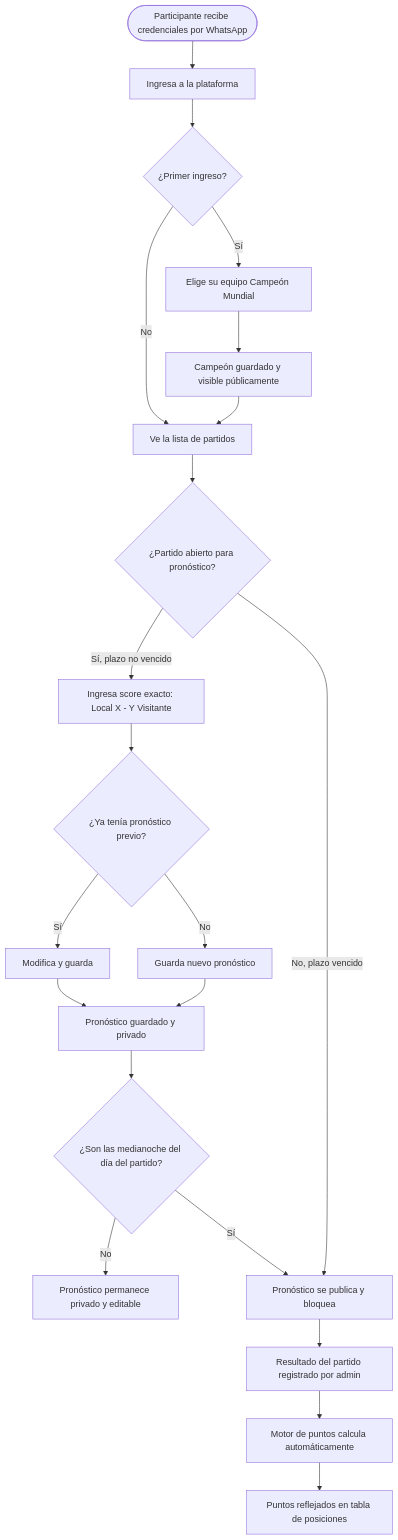
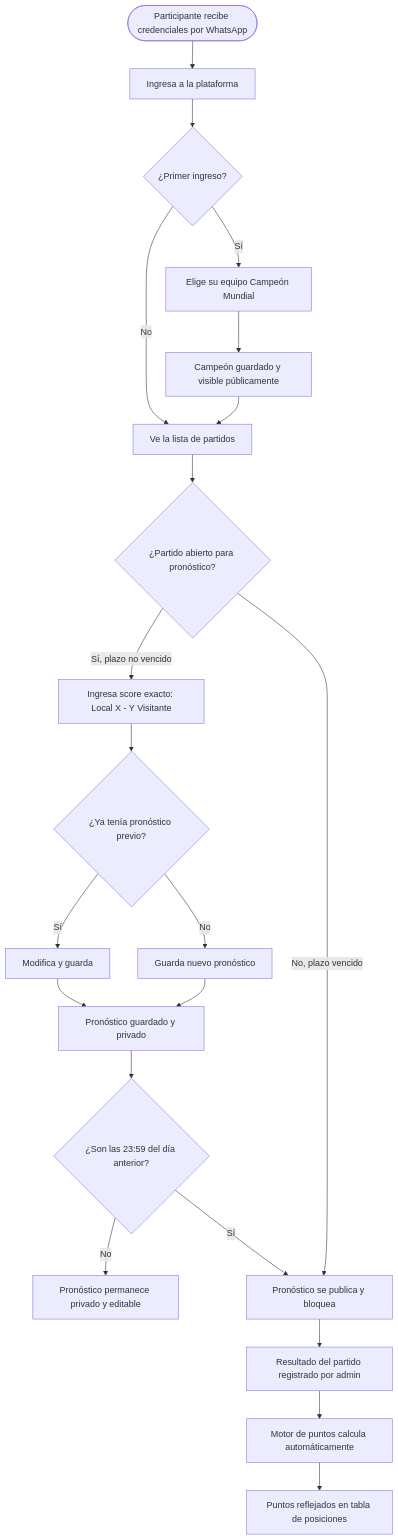
The first of 3 diagrams in docs/PRD_v0.1.md (cgomez-mpsia/pronostico-mundial-2026), drawn with Mermaid before and after one commit. The commit also changed other lines of this file and 9 other files, not shown here.

````diff
--- a/docs/PRD_v0.1.md
+++ b/docs/PRD_v0.1.md
@@ -166,23 +166,23 @@
 ```mermaid
 flowchart TD
     A([Participante recibe credenciales por WhatsApp]) --> B[Ingresa a la plataforma]
     B --> C{¿Primer ingreso?}
     C -->|Sí| D[Elige su equipo Campeón Mundial]
     D --> E[Campeón guardado y visible públicamente]
     C -->|No| F[Ve la lista de partidos]
     E --> F
     F --> G{¿Partido abierto para pronóstico?}
     G -->|Sí, plazo no vencido| H[Ingresa score exacto: Local X - Y Visitante]
     H --> I{¿Ya tenía pronóstico previo?}
     I -->|Sí| J[Modifica y guarda]
     I -->|No| K[Guarda nuevo pronóstico]
     J --> L[Pronóstico guardado y privado]
     K --> L
-    L --> M{¿Son las medianoche del día del partido?}
+    L --> M{¿Son las 23:59 del día anterior?}
     M -->|No| N[Pronóstico permanece privado y editable]
     M -->|Sí| O[Pronóstico se publica y bloquea]
     G -->|No, plazo vencido| O
     O --> P[Resultado del partido registrado por admin]
     P --> Q[Motor de puntos calcula automáticamente]
     Q --> R[Puntos reflejados en tabla de posiciones]
 ```
````
